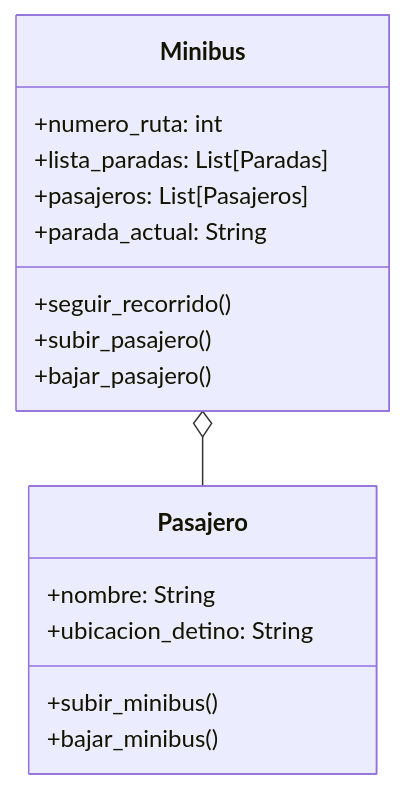
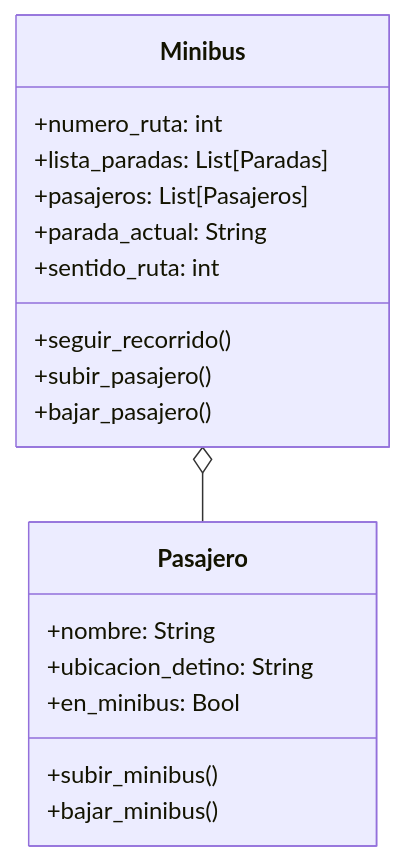
The diagram in retos_sesion_06/ejercicio_01.md (StephanieApaza/psg-oop-2025), drawn with Mermaid before and after one commit. The commit also changed other lines of this file, not shown here.

Commit message:
Agregando el atributo sentido_ruta y en_minibus

````diff
--- a/retos_sesion_06/ejercicio_01.md
+++ b/retos_sesion_06/ejercicio_01.md
@@ -44,19 +46,21 @@
 ```mermaid
 classDiagram
     class Minibus {
         +numero_ruta: int
         +lista_paradas: List[Paradas]
         +pasajeros: List[Pasajeros]
         +parada_actual: String
+        +sentido_ruta: int
         +seguir_recorrido()
         +subir_pasajero()
         +bajar_pasajero()
     }
     class Pasajero {
         +nombre: String
         +ubicacion_detino: String
+        +en_minibus: Bool
         +subir_minibus()
         +bajar_minibus()
     }
     Minibus o-- Pasajero
 ```
````
